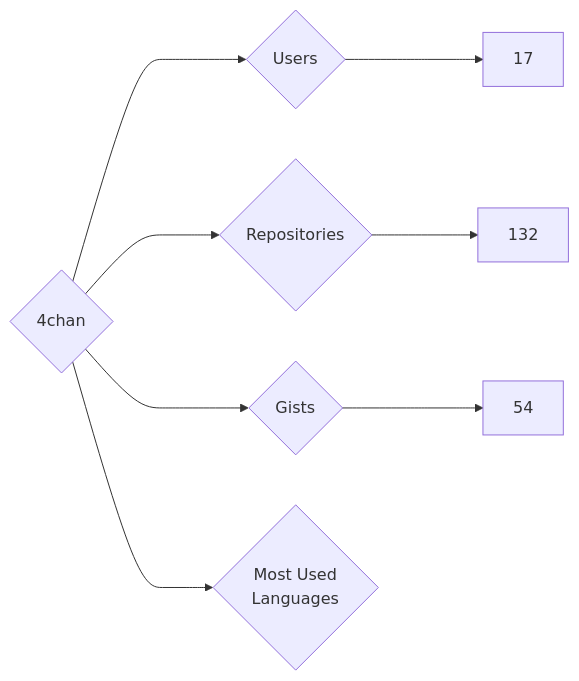
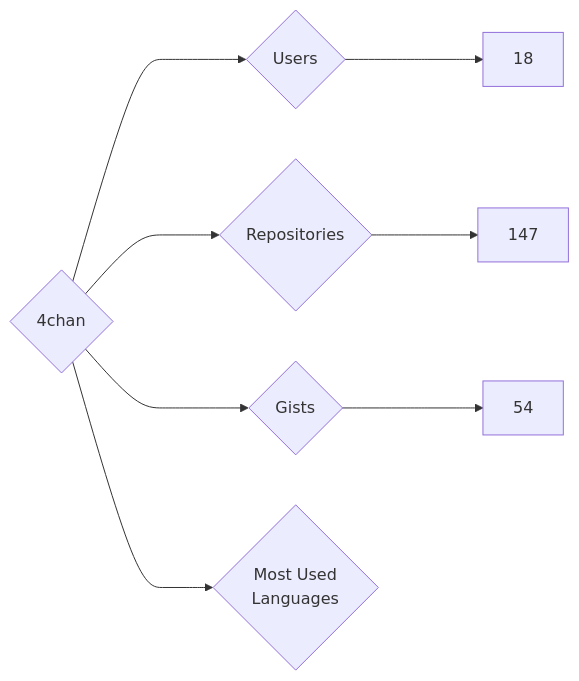
One commit to nenadzaric/insiders changed the diagram in targets/4chan/README.md. Above: the diagram before and after it, drawn with Mermaid. The commit also changed 15 other files, not shown here.

````diff
--- a/targets/4chan/README.md
+++ b/targets/4chan/README.md
@@ -3,8 +3,8 @@
 ```mermaid
 graph LR
 COMPANY_NAME{4chan}
-COMPANY_NAME ---> U{Users} ---> UN[17]
-COMPANY_NAME ---> R{Repositories} ---> RN[132]
+COMPANY_NAME ---> U{Users} ---> UN[18]
+COMPANY_NAME ---> R{Repositories} ---> RN[147]
 COMPANY_NAME ---> G{Gists} ---> GN[54]
 COMPANY_NAME ---> ML{Most Used<br>Languages}
 ```
````
